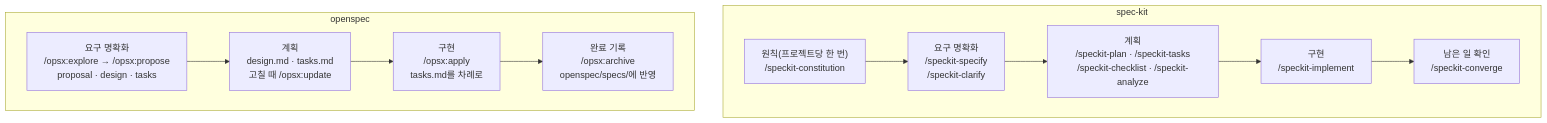
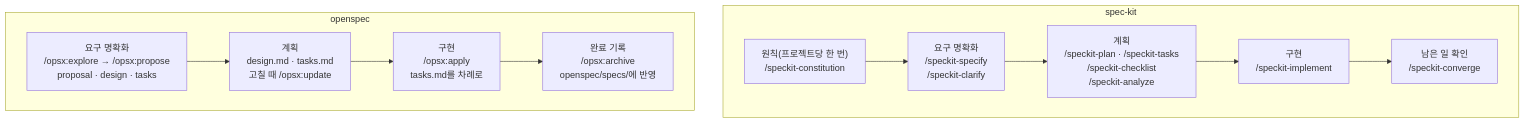
Before and after one commit to roadkwon-ai/pro-kit: the sixth of 12 diagrams in handbook/skills/brain-flow.md, drawn with Mermaid. The commit also changed other lines of this file and 9 other files, not shown here.

````diff
--- a/handbook/skills/brain-flow.md
+++ b/handbook/skills/brain-flow.md
@@ -177,19 +177,19 @@
 ```mermaid
 ---
 config:
   flowchart:
     wrappingWidth: 240
 ---
 flowchart TB
   subgraph SK["spec-kit"]
     SK0["원칙(프로젝트당 한 번)<br/>/speckit-constitution"] --> SK1["요구 명확화<br/>/speckit-specify<br/>/speckit-clarify"]
-    SK1 --> SK2["계획<br/>/speckit-plan · /speckit-tasks<br/>/speckit-checklist · /speckit-analyze"]
+    SK1 --> SK2["계획<br/>/speckit-plan · /speckit-tasks<br/>/speckit-checklist<br/>/speckit-analyze"]
     SK2 --> SK3["구현<br/>/speckit-implement"]
     SK3 --> SK4["남은 일 확인<br/>/speckit-converge"]
   end
   subgraph OS["openspec"]
     OS1["요구 명확화<br/>/opsx:explore → /opsx:propose<br/>proposal · design · tasks"] --> OS2["계획<br/>design.md · tasks.md<br/>고칠 때 /opsx:update"]
     OS2 --> OS3["구현<br/>/opsx:apply<br/>tasks.md를 차례로"]
     OS3 --> OS4["완료 기록<br/>/opsx:archive<br/>openspec/specs/에 반영"]
   end
 ```
````
